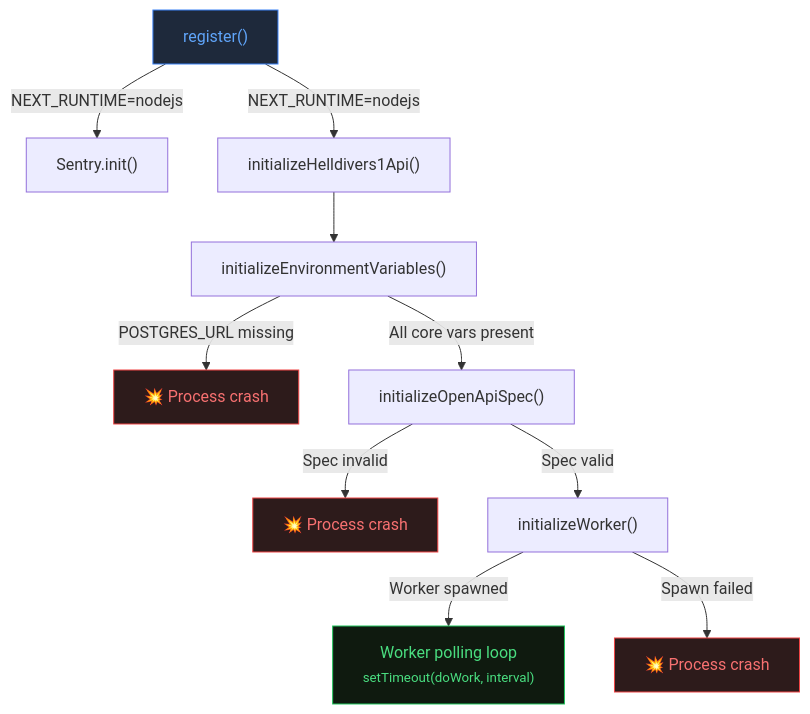
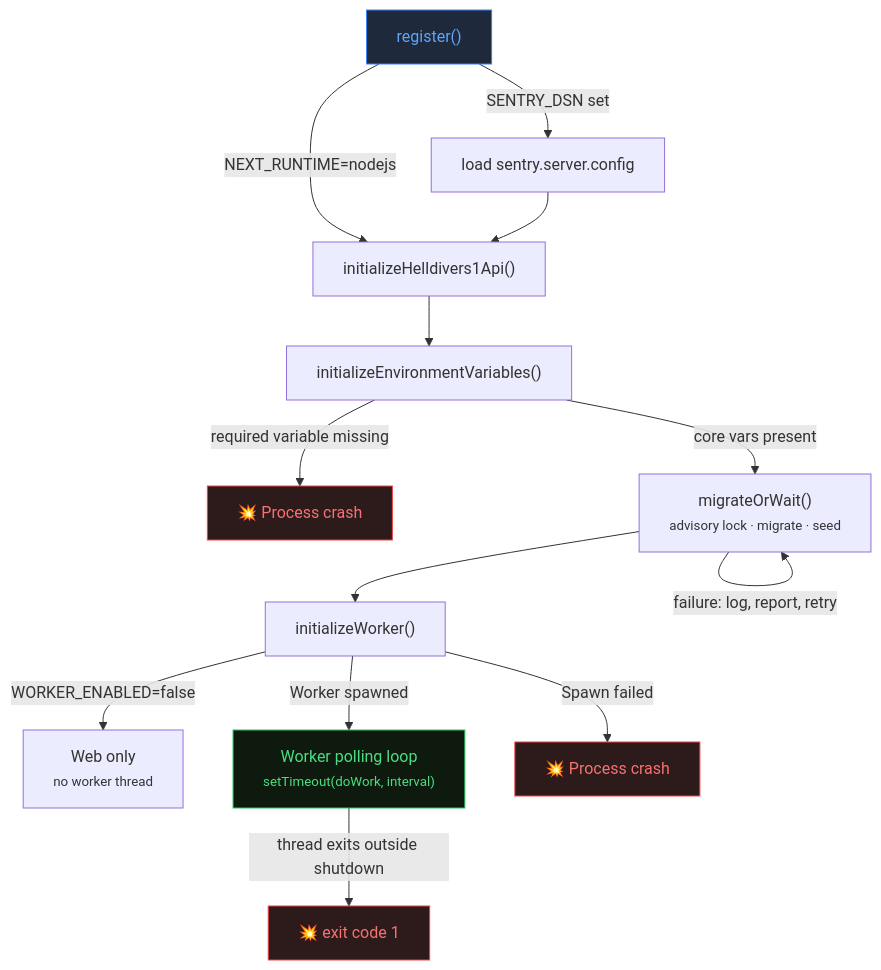
Before and after one commit to elfensky/helldivers.bot: the third of 3 diagrams in src/app/docs/infrastructure/page.mdx, drawn with Mermaid. The commit also changed other lines of this file, not shown here.

First line of the commit message:
docs(infrastructure): workflows, init flow and env table match the repo (DOCS-02)

````diff
--- a/src/app/docs/infrastructure/page.mdx
+++ b/src/app/docs/infrastructure/page.mdx
@@ -288,18 +307,21 @@
 ```mermaid
 graph TD
-    REG["register()"] -->|"NEXT_RUNTIME=nodejs"| SENTRY["Sentry.init()"]
+    REG["register()"] -->|"SENTRY_DSN set"| SENTRY["load sentry.server.config"]
     REG -->|"NEXT_RUNTIME=nodejs"| INIT["initializeHelldivers1Api()"]
+    SENTRY --> INIT
     INIT --> ENV["initializeEnvironmentVariables()"]
-    ENV -->|"POSTGRES_URL missing"| CRASH1["💥 Process crash"]
-    ENV -->|"All core vars present"| OAS["initializeOpenApiSpec()"]
-    OAS -->|"Spec invalid"| CRASH2["💥 Process crash"]
-    OAS -->|"Spec valid"| WORKER["initializeWorker()"]
+    ENV -->|"required variable missing"| CRASH1["💥 Process crash"]
+    ENV -->|"core vars present"| MIG["migrateOrWait()<br/><small>advisory lock · migrate · seed</small>"]
+    MIG -->|"failure: log, report, retry"| MIG
+    MIG --> WORKER["initializeWorker()"]
+    WORKER -->|"WORKER_ENABLED=false"| WEB["Web only<br/><small>no worker thread</small>"]
     WORKER -->|"Worker spawned"| POLL["Worker polling loop<br/><small>setTimeout(doWork, interval)</small>"]
     WORKER -->|"Spawn failed"| CRASH3["💥 Process crash"]
+    POLL -->|"thread exits outside shutdown"| CRASH4["💥 exit code 1"]
 
     style REG fill:#1e293b,stroke:#3b82f6,color:#60a5fa
     style CRASH1 fill:#2d1b1b,stroke:#ef4444,color:#f87171
-    style CRASH2 fill:#2d1b1b,stroke:#ef4444,color:#f87171
     style CRASH3 fill:#2d1b1b,stroke:#ef4444,color:#f87171
+    style CRASH4 fill:#2d1b1b,stroke:#ef4444,color:#f87171
     style POLL fill:#0f1a0f,stroke:#22c55e,color:#4ade80
 ```
````
